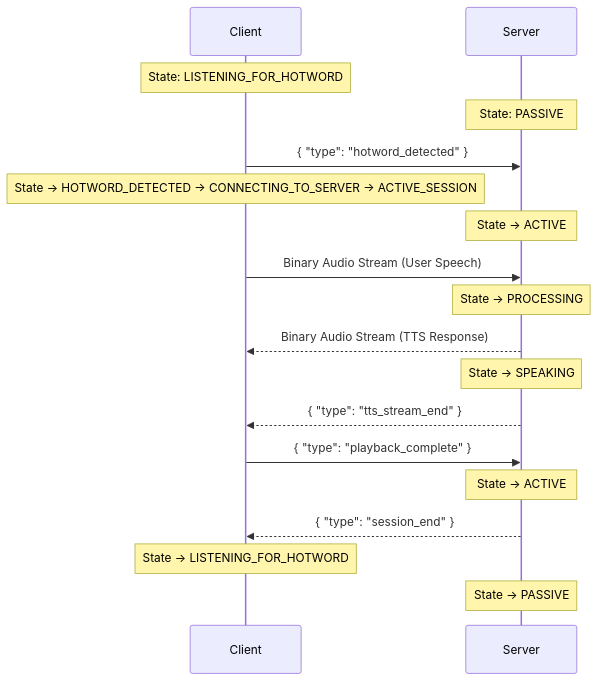
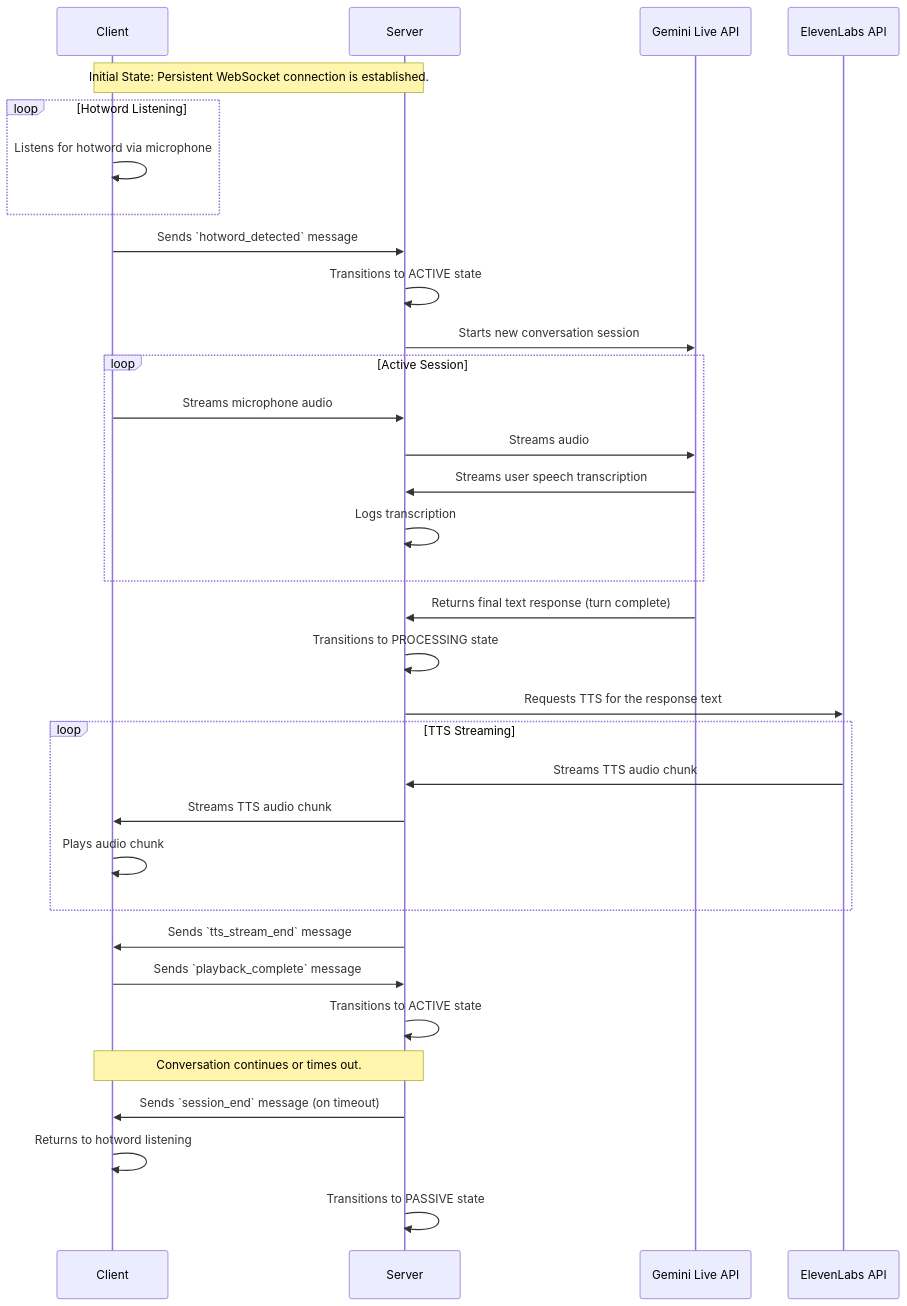
The diagram in docs/system_architecture.md (AspireOne/GemiTARS), drawn with Mermaid before and after one commit. The commit also changed other lines of this file and 6 other files, not shown here.

First line of the commit message:
feat: implement targeted client architecture improvements

````diff
--- a/docs/system_architecture.md
+++ b/docs/system_architecture.md
@@ -85,26 +129,44 @@
 ```mermaid
 sequenceDiagram
     participant Client
     participant Server
+    participant Gemini as Gemini Live API
+    participant ElevenLabs as ElevenLabs API
 
-    Note over Client: State: LISTENING_FOR_HOTWORD
-    Note over Server: State: PASSIVE
+    Note over Client, Server: Initial State: Persistent WebSocket connection is established.
 
-    Client->>Server: { "type": "hotword_detected" }
-    Note over Client: State -> HOTWORD_DETECTED -> CONNECTING_TO_SERVER -> ACTIVE_SESSION
-    Note over Server: State -> ACTIVE
+    loop Hotword Listening
+        Client->>Client: Listens for hotword via microphone
+    end
 
-    Client->>Server: Binary Audio Stream (User Speech)
-    Note over Server: State -> PROCESSING
+    Client->>Server: Sends `hotword_detected` message
+    Server->>Server: Transitions to ACTIVE state
+    Server->>Gemini: Starts new conversation session
 
-    Server-->>Client: Binary Audio Stream (TTS Response)
-    Note over Server: State -> SPEAKING
+    loop Active Session
+        Client->>Server: Streams microphone audio
+        Server->>Gemini: Streams audio
+        Gemini->>Server: Streams user speech transcription
+        Server->>Server: Logs transcription
+    end
 
-    Server-->>Client: { "type": "tts_stream_end" }
-    Client->>Server: { "type": "playback_complete" }
-    Note over Server: State -> ACTIVE
+    Gemini->>Server: Returns final text response (turn complete)
+    Server->>Server: Transitions to PROCESSING state
+    Server->>ElevenLabs: Requests TTS for the response text
 
-    Server-->>Client: { "type": "session_end" }
-    Note over Client: State -> LISTENING_FOR_HOTWORD
-    Note over Server: State -> PASSIVE
+    loop TTS Streaming
+        ElevenLabs->>Server: Streams TTS audio chunk
+        Server->>Client: Streams TTS audio chunk
+        Client->>Client: Plays audio chunk
+    end
+
+    Server->>Client: Sends `tts_stream_end` message
+    Client->>Server: Sends `playback_complete` message
+    Server->>Server: Transitions to ACTIVE state
+
+    Note over Client, Server: Conversation continues or times out.
+
+    Server->>Client: Sends `session_end` message (on timeout)
+    Client->>Client: Returns to hotword listening
+    Server->>Server: Transitions to PASSIVE state
 ```
````
